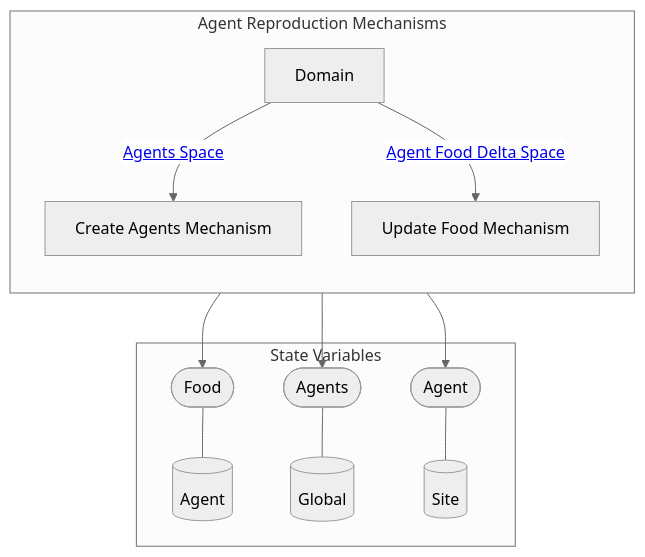
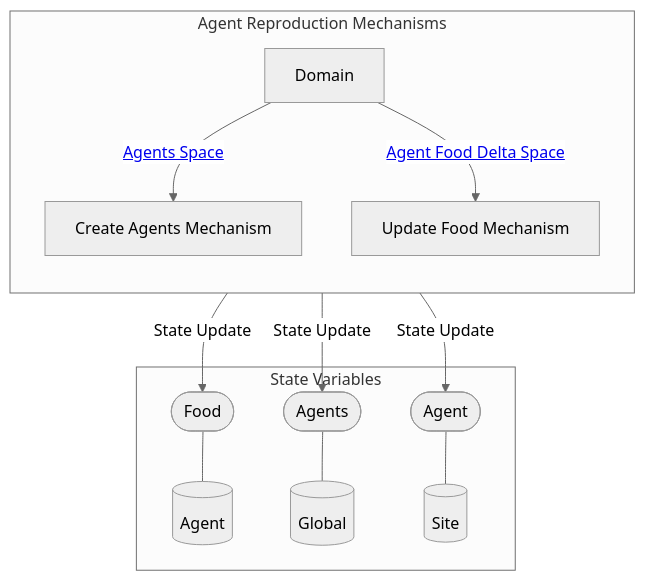
Before and after one commit to BlockScience/Predator-Prey-MSML: the second of 2 diagrams in reports/obsidian/Wiring/Agent Reproduction Mechanisms.md, drawn with Mermaid (neutral theme). The commit also changed other lines of this file and 35 other files, not shown here.

````diff
--- a/reports/obsidian/Wiring/Agent Reproduction Mechanisms.md
+++ b/reports/obsidian/Wiring/Agent Reproduction Mechanisms.md
@@ -44,37 +44,37 @@
 ```mermaid
 graph TB
 
 subgraph SVS["State Variables"]
 EE0[("Agent")]
 EE1[("Global")]
 EE2[("Site")]
 EES0(["Food"])
 EES0 --- EE0
 EES1(["Agents"])
 EES1 --- EE1
 EES2(["Agent"])
 EES2 --- EE2
 end
 
 subgraph X5["Agent Reproduction Mechanisms"]
 direction TB
 X1["Create Agents Mechanism"]
-X1 --> EES1
-X1 --> EES2
+X1 --"State Update"--> EES1
+X1 --"State Update"--> EES2
 X2["Update Food Mechanism"]
-X2 --> EES0
+X2 --"State Update"--> EES0
 X3[Domain]
 
 direction LR
 direction TB
 X3 --"<a href='Agents Space' class=internal-link>Agents Space</a>"--> X1
 X3 --"<a href='Agent Food Delta Space' class=internal-link>Agent Food Delta Space</a>"--> X2
 end
 class X1 internal-link;
 class X2 internal-link;
 class X4 internal-link;
 class EE0 internal-link;
 class EE1 internal-link;
 class EE2 internal-link;
 
 ```
````
